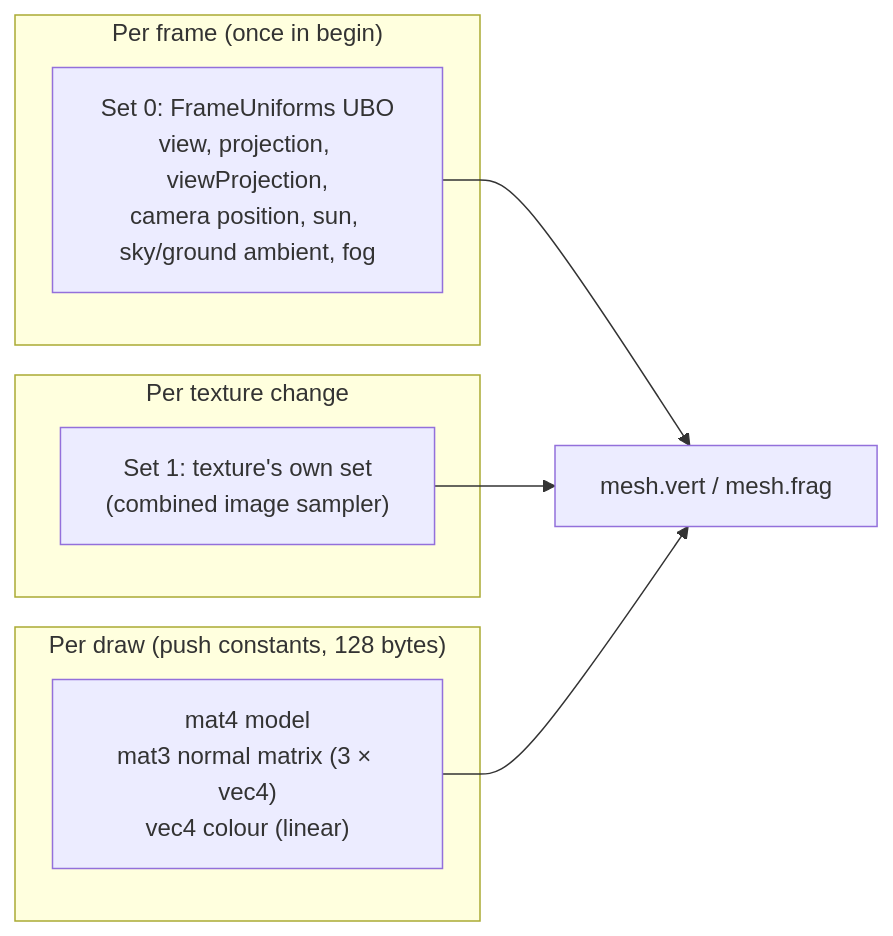
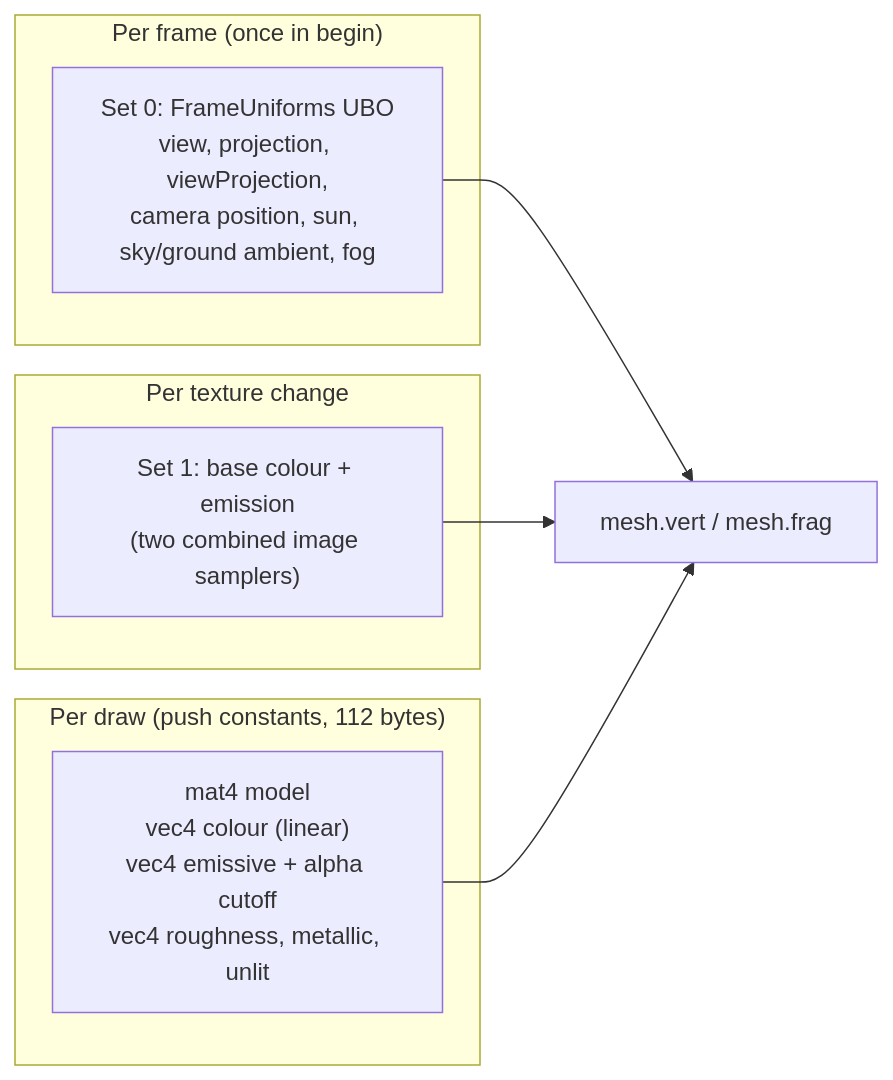
Before and after one commit to Chuck5ta/3DBaseFramework: the eighth of 11 diagrams in docs/ARCHITECTURE.md, drawn with Mermaid. The commit also changed other lines of this file and 24 other files, not shown here.

````diff
--- a/docs/ARCHITECTURE.md
+++ b/docs/ARCHITECTURE.md
@@ -666,15 +707,15 @@
 ```mermaid
 flowchart LR
     subgraph perFrame["Per frame (once in begin)"]
         ubo["Set 0: FrameUniforms UBO<br/>view, projection, viewProjection,<br/>camera position, sun, sky/ground ambient, fog"]
     end
     subgraph perMaterial["Per texture change"]
-        tex["Set 1: texture's own set<br/>(combined image sampler)"]
+        tex["Set 1: base colour + emission<br/>(two combined image samplers)"]
     end
-    subgraph perObject["Per draw (push constants, 128 bytes)"]
-        pc["mat4 model<br/>mat3 normal matrix (3 × vec4)<br/>vec4 colour (linear)"]
+    subgraph perObject["Per draw (push constants, 112 bytes)"]
+        pc["mat4 model<br/>vec4 colour (linear)<br/>vec4 emissive + alpha cutoff<br/>vec4 roughness, metallic, unlit"]
     end
     ubo --> sh["mesh.vert / mesh.frag"]
     tex --> sh
     pc --> sh
 ```
````
